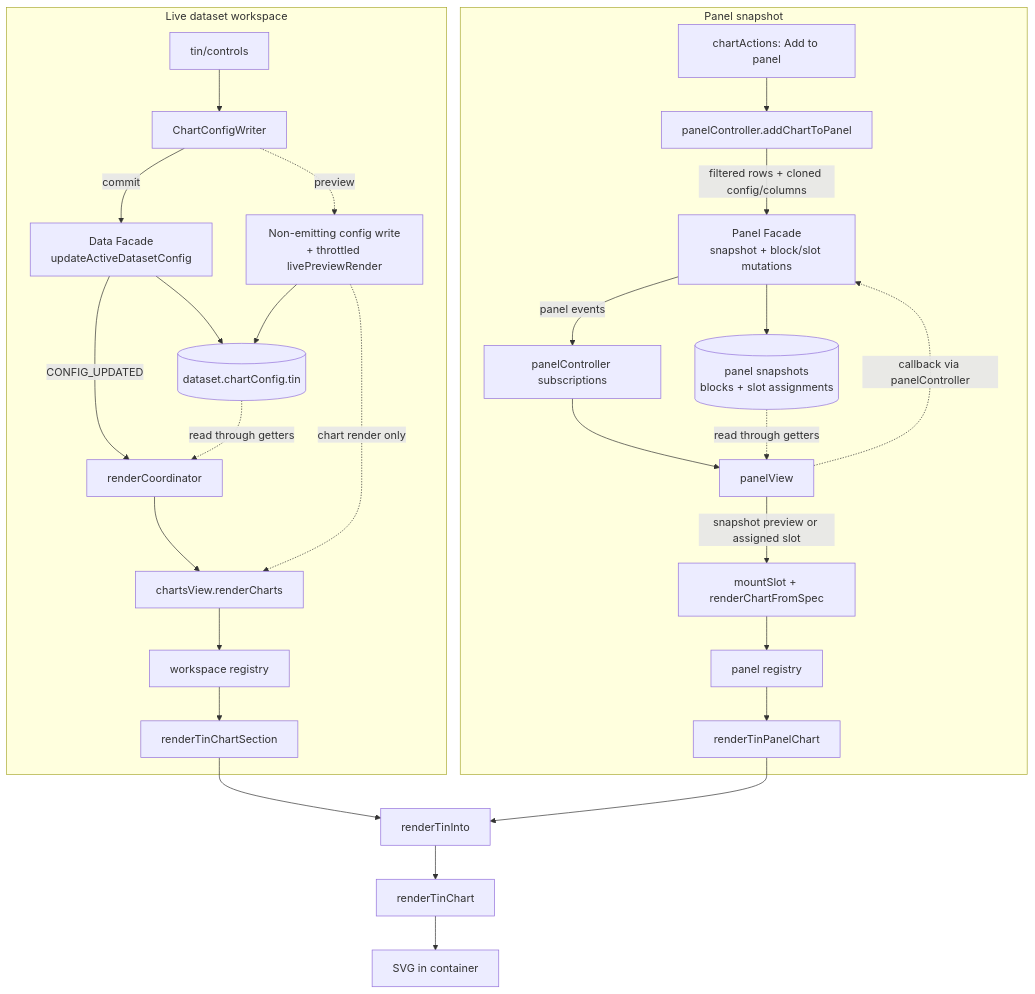
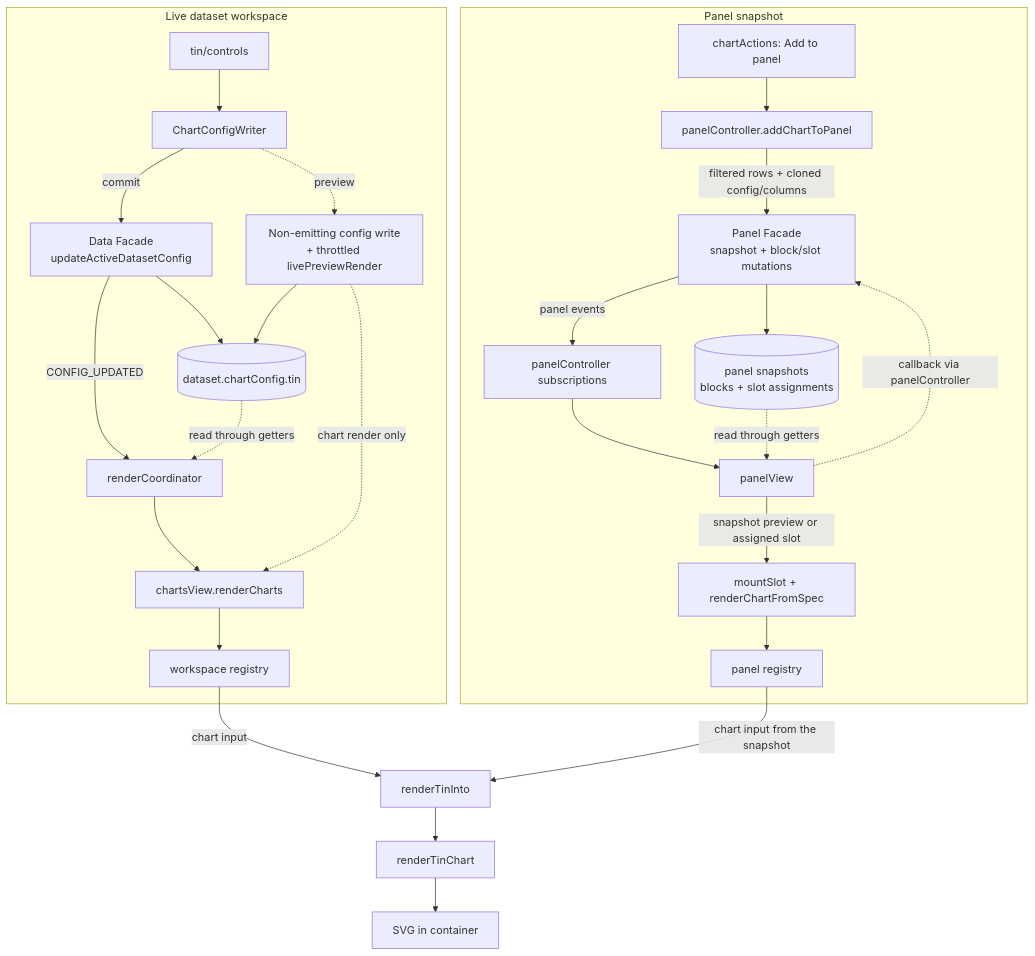
The diagram in docs/development/charts/tin.md (GabrielInada/CHIVE), drawn with Mermaid before and after one commit. The commit also changed other lines of this file and 73 other files, not shown here.

````diff
--- a/docs/development/charts/tin.md
+++ b/docs/development/charts/tin.md
@@ -288,34 +286,32 @@
 ```mermaid
 flowchart TB
     subgraph LIVE["Live dataset workspace"]
         CONTROLS["tin/controls"] --> WRITER["ChartConfigWriter"]
         WRITER -- commit --> DFACADE["Data Facade<br/>updateActiveDatasetConfig"]
         DFACADE --> DSTATE[("dataset.chartConfig.tin")]
         DFACADE -- CONFIG_UPDATED --> COORD["renderCoordinator"]
         DSTATE -. read through getters .-> COORD
         WRITER -. preview .-> PREVIEW["Non-emitting config write<br/>+ throttled livePreviewRender"]
         PREVIEW --> DSTATE
         COORD --> CHARTSVIEW["chartsView.renderCharts"]
         PREVIEW -. chart render only .-> CHARTSVIEW
         CHARTSVIEW --> WREG["workspace registry"]
-        WREG --> WSECTION["renderTinChartSection"]
     end
 
     subgraph SAVED["Panel snapshot"]
         ACTION["chartActions: Add to panel"] --> PCAPTURE["panelController.addChartToPanel"]
         PCAPTURE -- filtered rows + cloned config/columns --> PFACADE["Panel Facade<br/>snapshot + block/slot mutations"]
         PFACADE --> PSTATE[("panel snapshots<br/>blocks + slot assignments")]
         PFACADE -- panel events --> PSUB["panelController subscriptions"]
         PSUB --> PVIEW["panelView"]
         PSTATE -. read through getters .-> PVIEW
         PVIEW -. callback via panelController .-> PFACADE
         PVIEW -- snapshot preview or assigned slot --> MOUNT["mountSlot + renderChartFromSpec"]
         MOUNT --> PREG["panel registry"]
-        PREG --> ADAPTER["renderTinPanelChart"]
     end
 
-    WSECTION --> PRESENT["renderTinInto"]
-    ADAPTER --> PRESENT
+    WREG -- chart input --> PRESENT["renderTinInto"]
+    PREG -- chart input from the snapshot --> PRESENT
     PRESENT --> RENDERER["renderTinChart"]
     RENDERER --> OUTPUT["SVG in container"]
 ```
````
